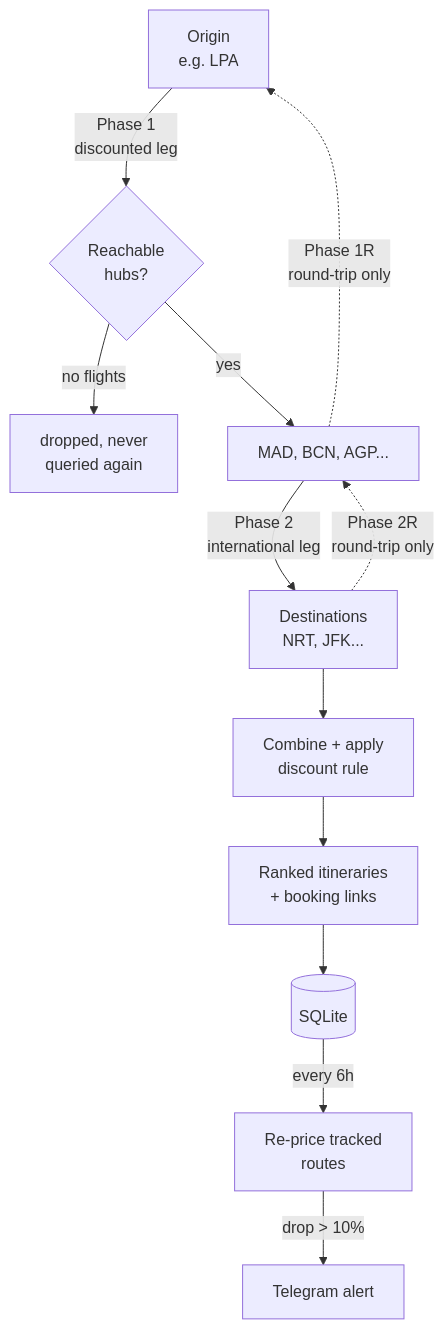
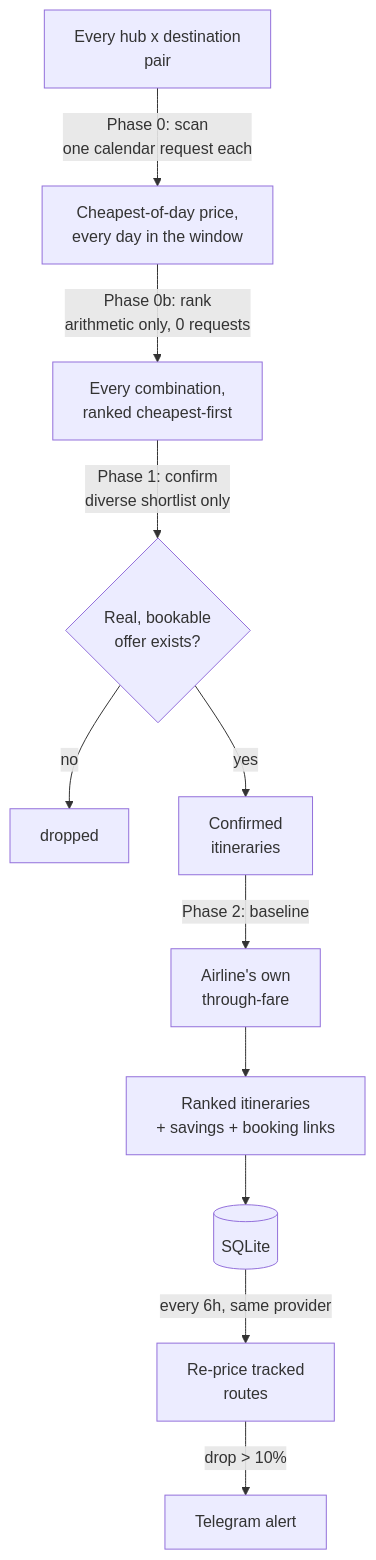
Before and after one commit to jaimebg/split-ticket-finder: the diagram in README.md, drawn with Mermaid. The commit also changed other lines of this file, not shown here.

````diff
--- a/README.md
+++ b/README.md
@@ -53,14 +54,13 @@
 ```mermaid
 flowchart TD
-    A[Origin<br/>e.g. LPA] -->|"Phase 1<br/>discounted leg"| B{Reachable<br/>hubs?}
-    B -->|no flights| X[dropped, never<br/>queried again]
-    B -->|yes| C[MAD, BCN, AGP...]
-    C -->|"Phase 2<br/>international leg"| D[Destinations<br/>NRT, JFK...]
-    C -.->|"Phase 1R<br/>round-trip only"| A
-    D -.->|"Phase 2R<br/>round-trip only"| C
-    D --> E[Combine + apply<br/>discount rule]
-    E --> F[Ranked itineraries<br/>+ booking links]
-    F --> G[(SQLite)]
-    G -->|"every 6h"| H[Re-price tracked<br/>routes]
-    H -->|"drop > 10%"| I[Telegram alert]
+    A[Every hub x destination<br/>pair] -->|"Phase 0: scan<br/>one calendar request each"| B[Cheapest-of-day price,<br/>every day in the window]
+    B -->|"Phase 0b: rank<br/>arithmetic only, 0 requests"| C[Every combination,<br/>ranked cheapest-first]
+    C -->|"Phase 1: confirm<br/>diverse shortlist only"| D{Real, bookable<br/>offer exists?}
+    D -->|no| X[dropped]
+    D -->|yes| E[Confirmed<br/>itineraries]
+    E -->|"Phase 2: baseline"| F[Airline's own<br/>through-fare]
+    F --> G[Ranked itineraries<br/>+ savings + booking links]
+    G --> H[(SQLite)]
+    H -->|"every 6h, same provider"| I[Re-price tracked<br/>routes]
+    I -->|"drop > 10%"| J[Telegram alert]
 ```
````
